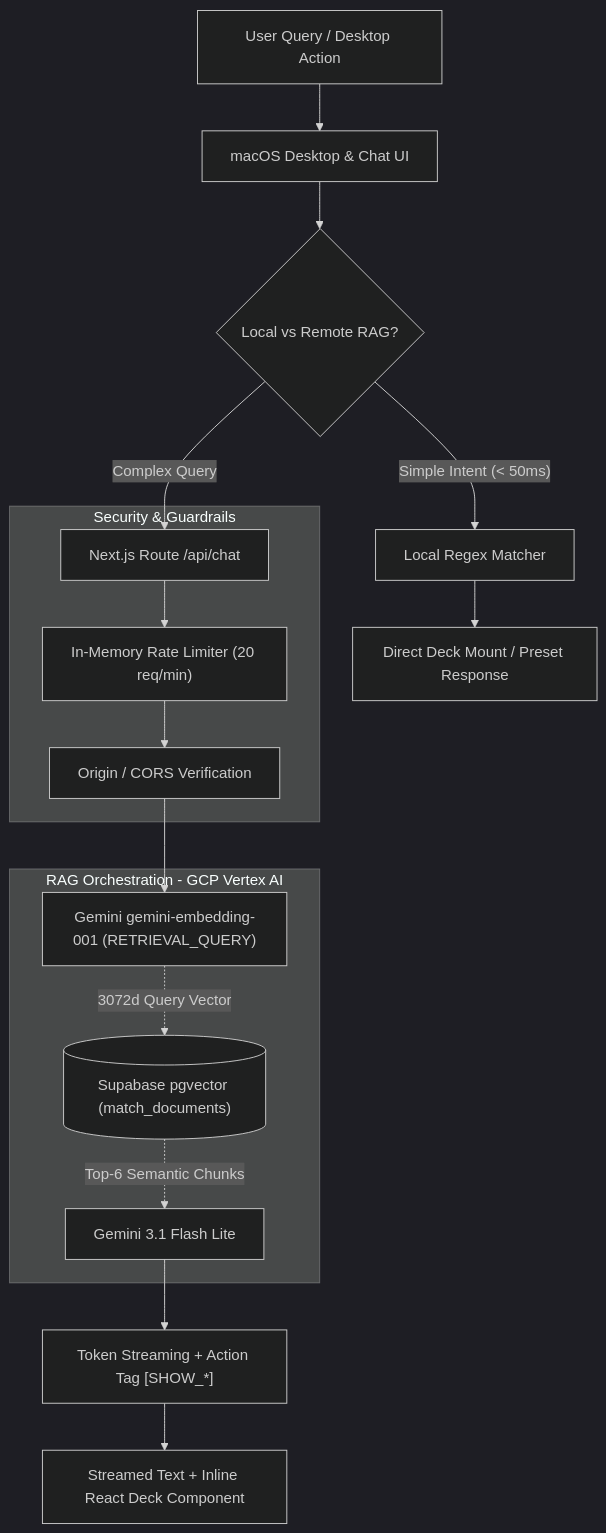
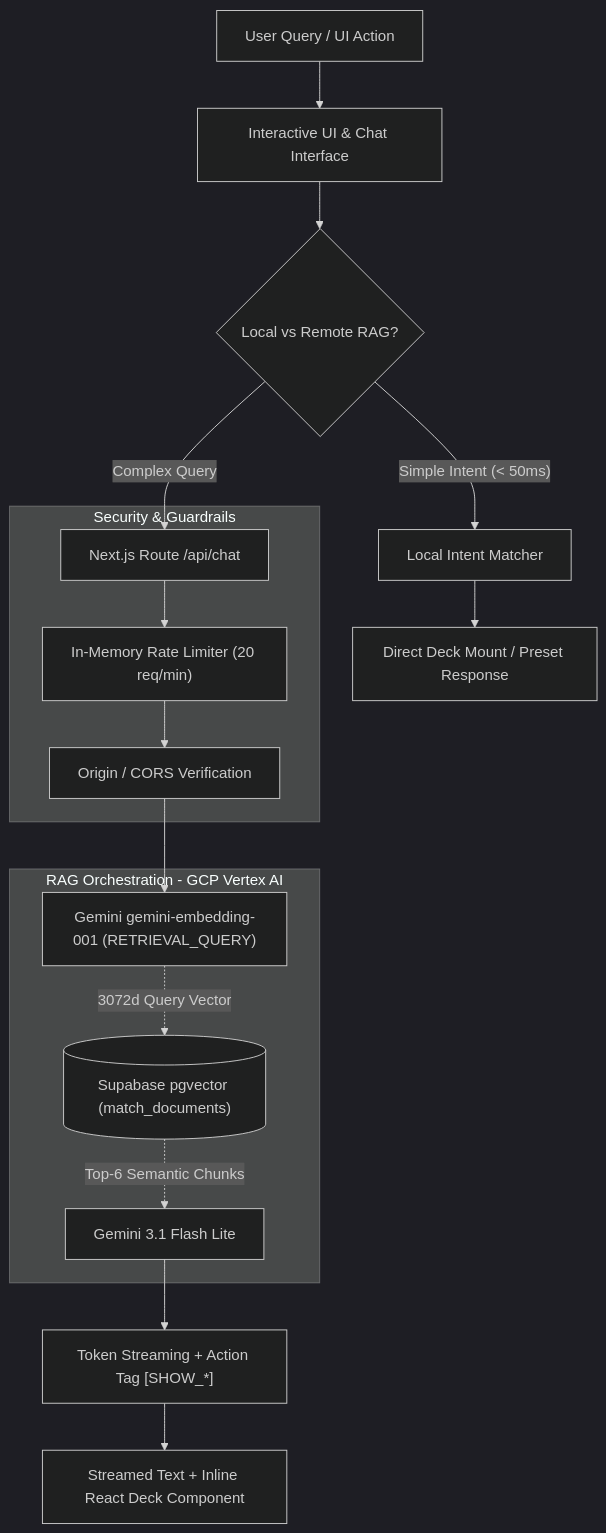
One commit to aadvxe/AI-powered-portfolio changed the diagram in README.md. Above: the diagram before and after it, drawn with Mermaid (dark theme). The commit also changed other lines of this file and 4 other files, not shown here.

````diff
--- a/README.md
+++ b/README.md
@@ -9,24 +9,24 @@
 ```mermaid
 graph TD
-    User["User Query / Desktop Action"] --> Frontend["macOS Desktop & Chat UI"]
+    User["User Query / UI Action"] --> Frontend["Interactive UI & Chat Interface"]
     Frontend --> HybridRouter{"Local vs Remote RAG?"}
 
-    HybridRouter -- "Simple Intent (< 50ms)" --> Local["Local Regex Matcher"]
+    HybridRouter -- "Simple Intent (< 50ms)" --> Local["Local Intent Matcher"]
     Local --> DirectDeck["Direct Deck Mount / Preset Response"]
 
     HybridRouter -- "Complex Query" --> API["Next.js Route /api/chat"]
 
     subgraph Security ["Security & Guardrails"]
     API --> RateLimit["In-Memory Rate Limiter (20 req/min)"]
     RateLimit --> OriginCheck["Origin / CORS Verification"]
     end
 
     subgraph RAG_Orchestration ["RAG Orchestration - GCP Vertex AI"]
     OriginCheck --> Embed["Gemini gemini-embedding-001 (RETRIEVAL_QUERY)"]
     Embed -.->|3072d Query Vector| VectorDB[("Supabase pgvector (match_documents)")]
     VectorDB -.->|Top-6 Semantic Chunks| LLM["Gemini 3.1 Flash Lite"]
     end
 
     LLM --> Stream["Token Streaming + Action Tag [SHOW_*]"]
     Stream --> ClientMount["Streamed Text + Inline React Deck Component"]
 ```
````
